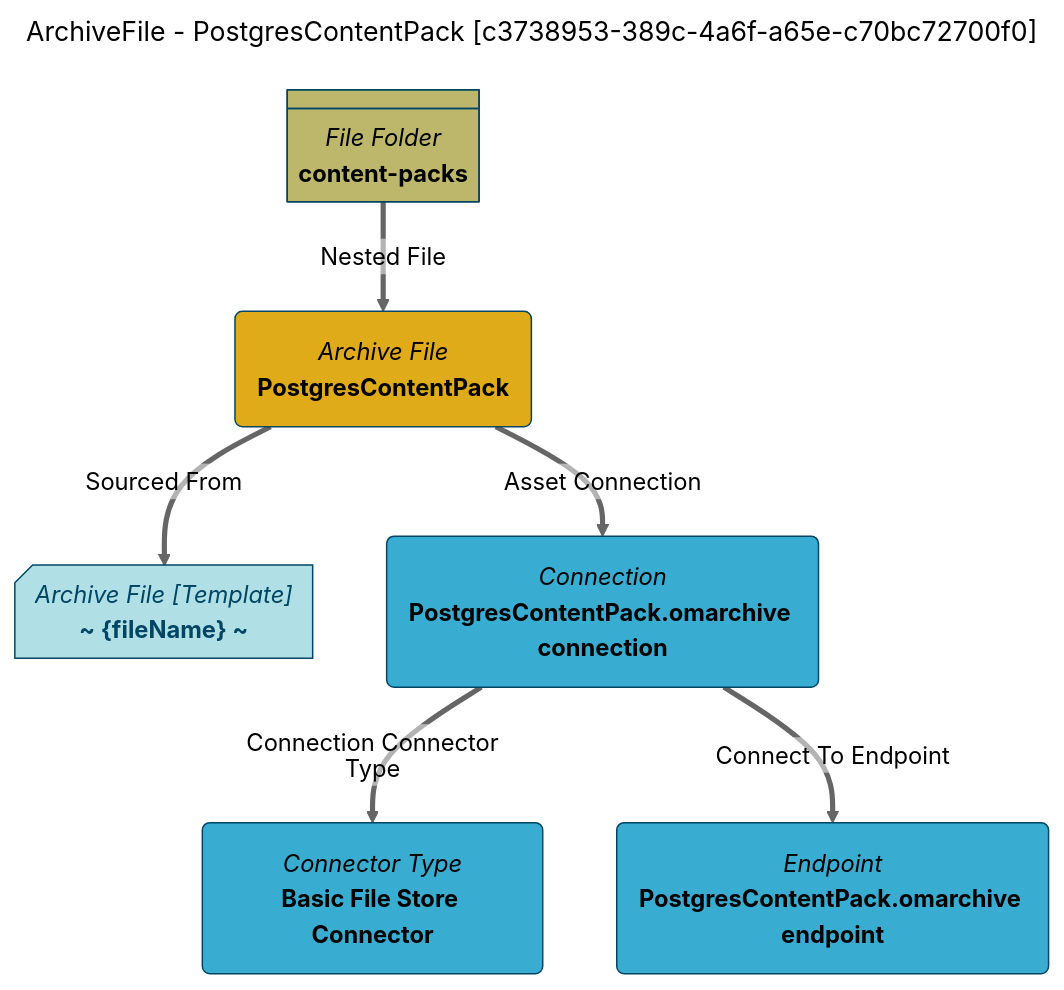
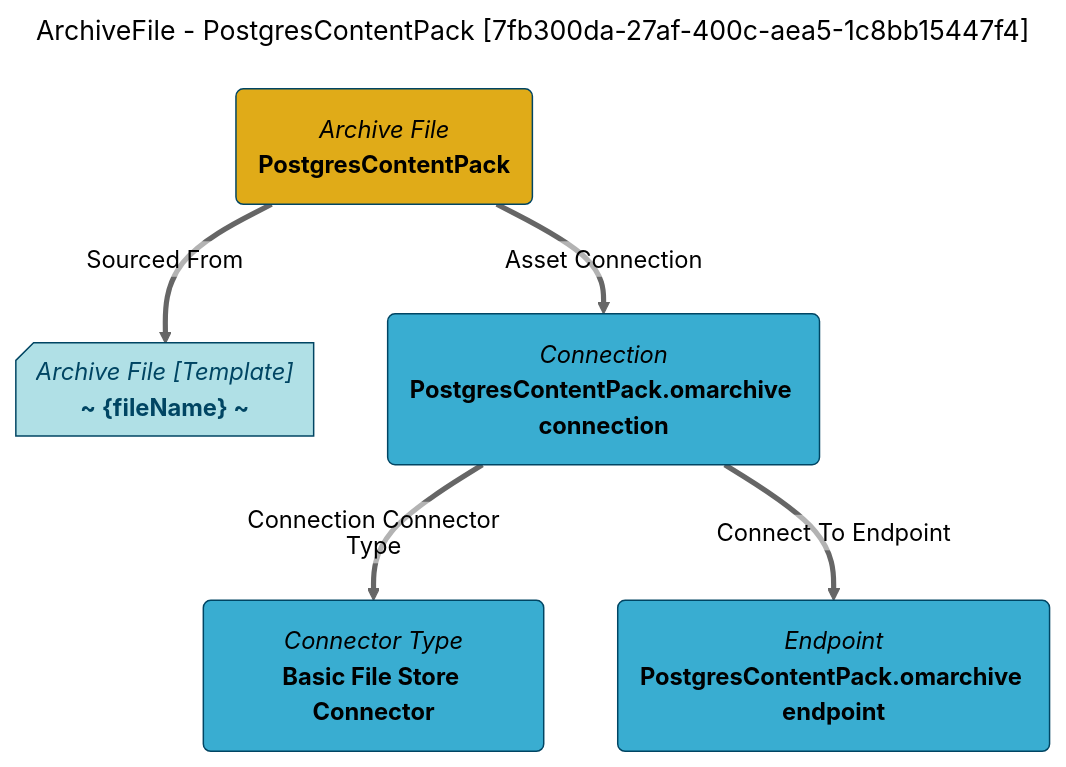
Before and after one commit to odpi/egeria-docs: the diagram in site/snippets/data-assets/postgrescontentpack-mermaid-graph.md, drawn with Mermaid (neutral theme). The commit also changed 2201 other files, not shown here.

````diff
--- a/site/snippets/data-assets/postgrescontentpack-mermaid-graph.md
+++ b/site/snippets/data-assets/postgrescontentpack-mermaid-graph.md
@@ -1,31 +1,27 @@
 ```mermaid
 ---
-title: ArchiveFile - PostgresContentPack [c3738953-389c-4a6f-a65e-c70bc72700f0]
+title: ArchiveFile - PostgresContentPack [7fb300da-27af-400c-aea5-1c8bb15447f4]
 ---
 flowchart TD
 %%{init: {"flowchart": {"htmlLabels": false}} }%%
 
 1@{ shape: rounded, label: "*Archive File*
 **PostgresContentPack**"}
 2@{ shape: card, label: "*Archive File [Template]*
 **~ {fileName} ~**"}
 1==>|"Sourced From"|2
 3@{ shape: rounded, label: "*Connection*
 **PostgresContentPack.omarchive connection**"}
 1==>|"Asset Connection"|3
 4@{ shape: rounded, label: "*Connector Type*
 **Basic File Store Connector**"}
 3==>|"Connection Connector Type"|4
 5@{ shape: rounded, label: "*Endpoint*
 **PostgresContentPack.omarchive endpoint**"}
 3==>|"Connect To Endpoint"|5
-6@{ shape: div-rect, label: "*File Folder*
-**content-packs**"}
-6==>|"Nested File"|1
 style 1 color:#000000, fill:#e0ab18, stroke:#004563
 style 2 color:#004563, fill:#b0e0e6, stroke:#004563
 style 3 color:#000000, fill:#39add1, stroke:#004563
 style 4 color:#000000, fill:#39add1, stroke:#004563
 style 5 color:#000000, fill:#39add1, stroke:#004563
-style 6 color:#000000, fill:#bdb76b, stroke:#004563
 ```
````
